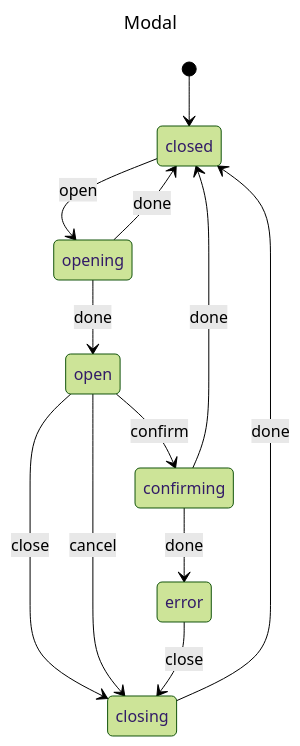
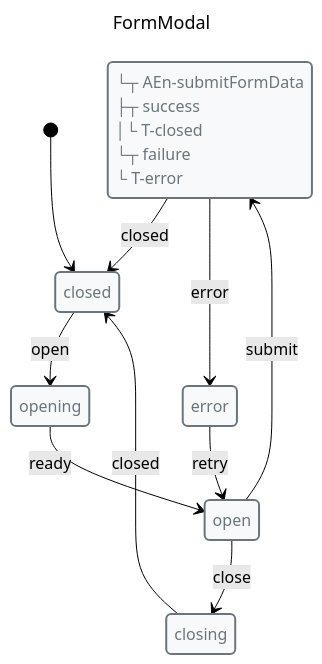
Before and after one commit to Masquerade-Circus/x-robot: the fifth of 5 diagrams in docs/recipes/modal-dialog.md, drawn with Mermaid (forest theme). The commit also changed other lines of this file and 145 other files, not shown here.

Commit message:
refactor: regenerate docs and mermaid implementation

````diff
--- a/docs/recipes/modal-dialog.md
+++ b/docs/recipes/modal-dialog.md
@@ -65,33 +291,39 @@
 ```mermaid
 ---
-title: Modal
+title: FormModal
 ---
 
 stateDiagram-v2
 
 classDef danger fill:#f8d7da,stroke:#721c24,stroke-width:2px,text-align:left,color:#721c24
 classDef warning fill:#fff3cd,stroke:#856404,stroke-width:2px,text-align:left,color:#856404
 classDef success fill:#d4edda,stroke:#155724,stroke-width:2px,text-align:left,color:#155724
 classDef primary fill:#cce5ff,stroke:#004085,stroke-width:2px,text-align:left,color:#004085
 classDef info fill:#d1ecf1,stroke:#0c5460,stroke-width:2px,text-align:left,color:#0c5460
 classDef def fill:#f8f9fa,stroke:#6c757d,stroke-width:2px,text-align:left,color:#6c757d
 
 state closed
 state opening
 state open
-state confirming
+state submitting
 state closing
 state error
+class closed def
+class opening def
+class open def
+class submitting def
+class closing def
+class error def
+
+submitting: └┬ AEn-submitFormData<br> ├┬ success<br> │└ T-closed<br> └┬ failure<br>  └ T-error
 
 [*] --> closed
 closed --> opening: open
-opening --> open: done
-opening --> closed: done
+opening --> open: ready
 open --> closing: close
-open --> confirming: confirm
-open --> closing: cancel
-confirming --> closed: done
-confirming --> error: done
-closing --> closed: done
-error --> closing: close
+open --> submitting: submit
+submitting --> closed: closed
+submitting --> error: error
+closing --> closed: closed
+error --> open: retry
 ```
````
